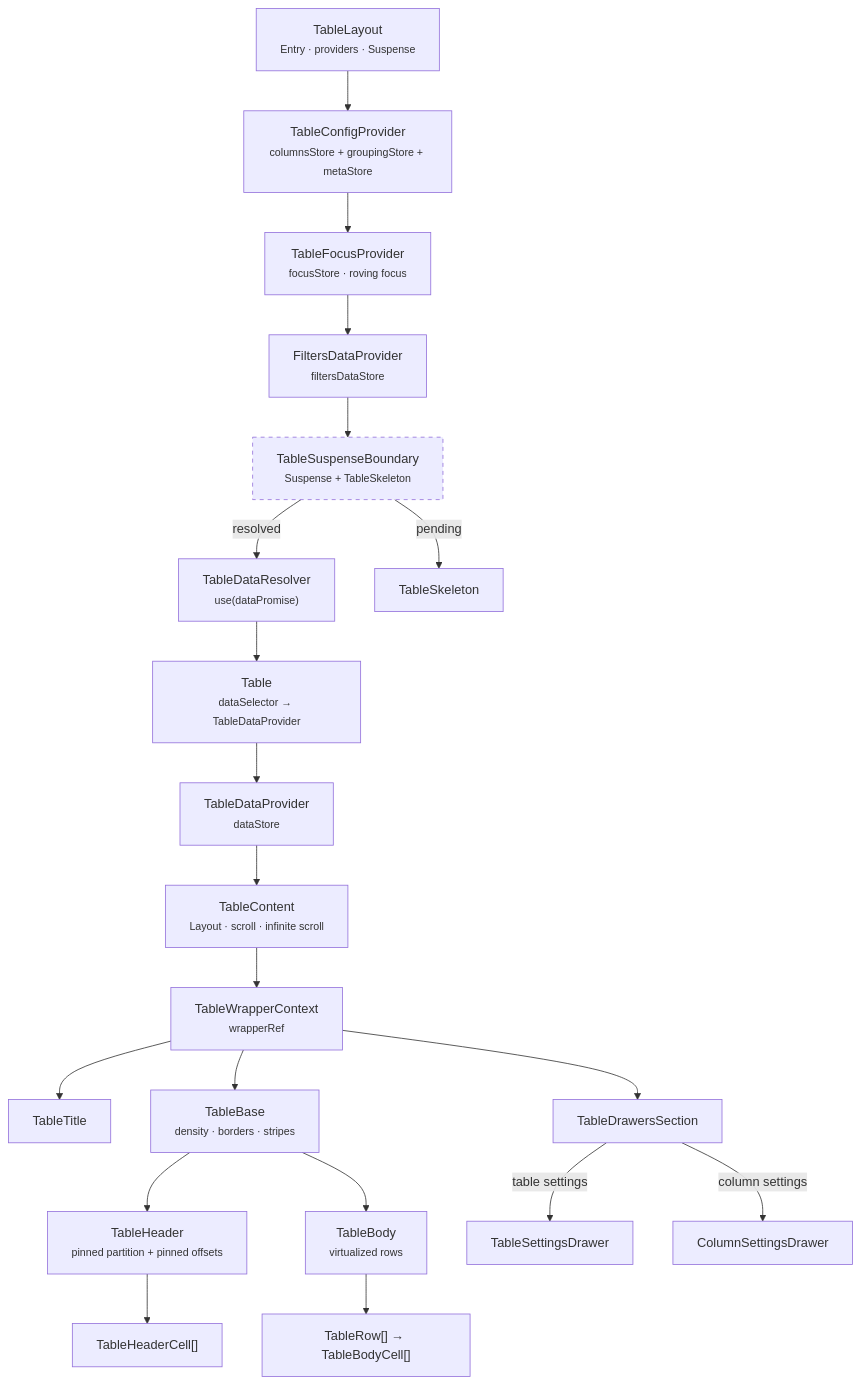
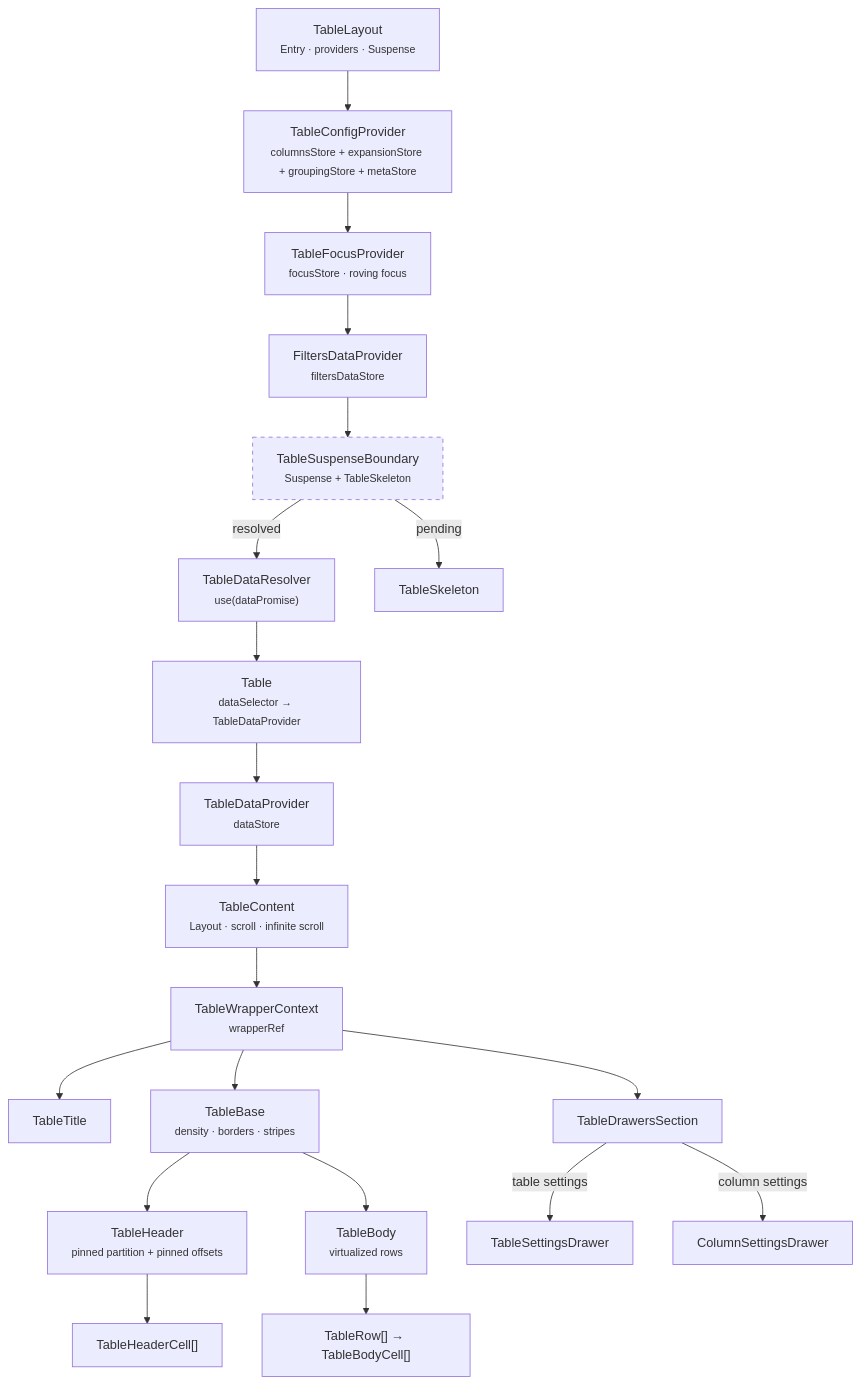
One commit to luciocabrera/lcabrera-stack changed the first of 4 diagrams in packages/ui/src/components/Table/ARCHITECTURE.md. Above: the diagram before and after it, drawn with Mermaid. The commit also changed other lines of this file and 62 other files, not shown here.

````diff
--- a/packages/ui/src/components/Table/ARCHITECTURE.md
+++ b/packages/ui/src/components/Table/ARCHITECTURE.md
@@ -15,32 +15,32 @@
 ```mermaid
 graph TD
   TL["TableLayout<br/><small>Entry · providers · Suspense</small>"]
-  TCP["TableConfigProvider<br/><small>columnsStore + groupingStore + metaStore</small>"]
+  TCP["TableConfigProvider<br/><small>columnsStore + expansionStore + groupingStore + metaStore</small>"]
   TFP["TableFocusProvider<br/><small>focusStore · roving focus</small>"]
   FDP["FiltersDataProvider<br/><small>filtersDataStore</small>"]
   TSB["TableSuspenseBoundary<br/><small>Suspense + TableSkeleton</small>"]
   TDR["TableDataResolver<br/><small>use(dataPromise)</small>"]
   T["Table<br/><small>dataSelector → TableDataProvider</small>"]
   TDP["TableDataProvider<br/><small>dataStore</small>"]
   TC["TableContent<br/><small>Layout · scroll · infinite scroll</small>"]
   TWC["TableWrapperContext<br/><small>wrapperRef</small>"]
   TTitle["TableTitle"]
   TBase["TableBase<br/><small>density · borders · stripes</small>"]
   TH["TableHeader<br/><small>pinned partition + pinned offsets</small>"]
   TBody["TableBody<br/><small>virtualized rows</small>"]
   TDS["TableDrawersSection"]
 
   TL --> TCP --> TFP --> FDP --> TSB
   TSB -->|pending| SK["TableSkeleton"]
   TSB -->|resolved| TDR --> T --> TDP --> TC --> TWC
   TWC --> TTitle
   TWC --> TBase
   TBase --> TH --> THC["TableHeaderCell[]"]
   TBase --> TBody --> TR["TableRow[] → TableBodyCell[]"]
   TWC --> TDS
 
   TDS -->|table settings| TSD["TableSettingsDrawer"]
   TDS -->|column settings| CSD["ColumnSettingsDrawer"]
 
   style TSB stroke-dasharray: 5 5
 ```
````
